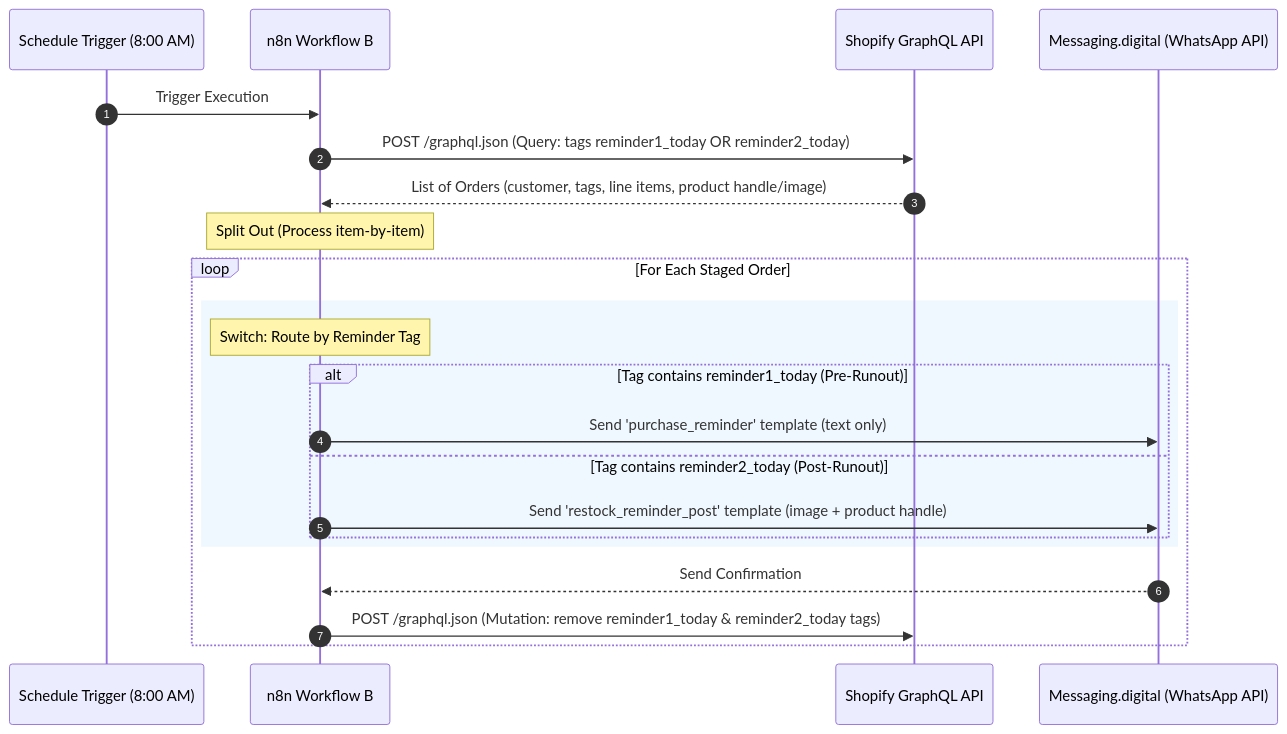
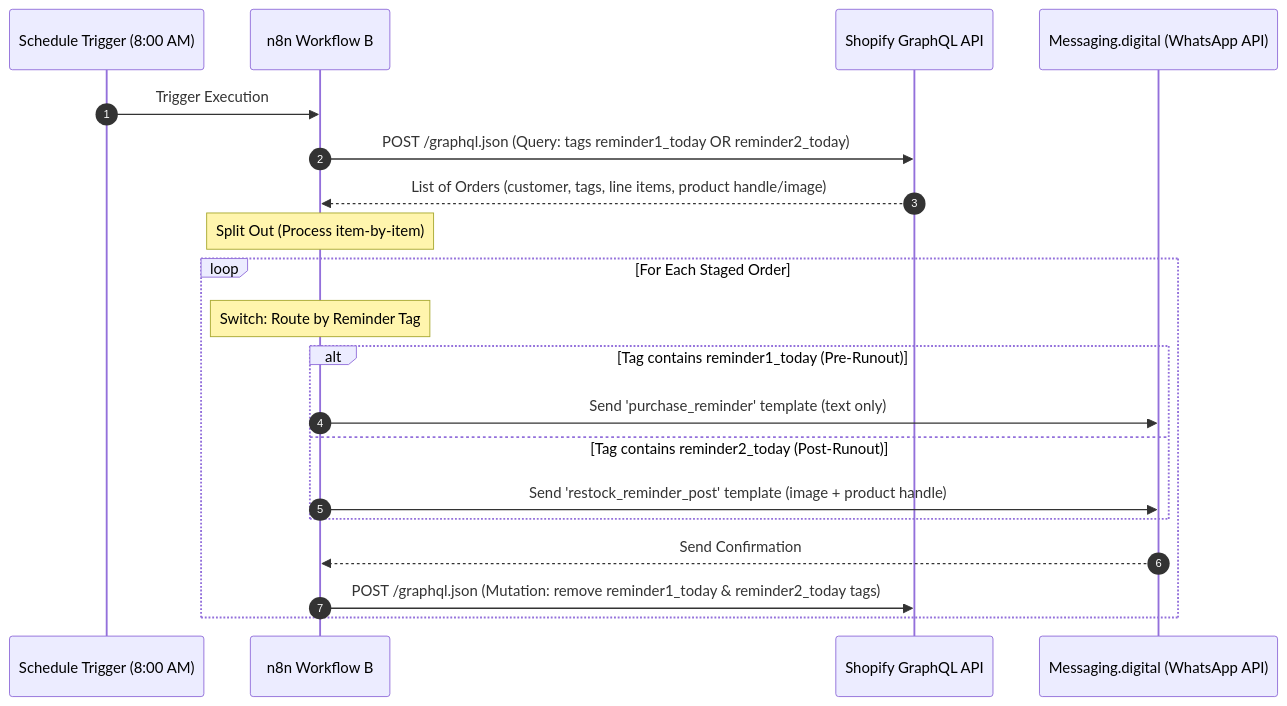
One commit to abhishek-pandey7/Naturavest-Product-End-Reminder changed the third of 3 diagrams in Workflow 1 - Product End Reminder/workflow_1_architecture.md. Above: the diagram before and after it, drawn with Mermaid.

Commit message:
Fix text contrast in sequence diagram by removing hardcoded light background

````diff
--- a/Workflow 1 - Product End Reminder/workflow_1_architecture.md
+++ b/Workflow 1 - Product End Reminder/workflow_1_architecture.md
@@ -102,25 +102,23 @@
 ```mermaid
 sequenceDiagram
     autonumber
     participant Cron as Schedule Trigger (8:00 AM)
     participant n8n as n8n Workflow B
     participant Shopify as Shopify GraphQL API
     participant WA as Messaging.digital (WhatsApp API)
 
     Cron->>n8n: Trigger Execution
     n8n->>Shopify: POST /graphql.json (Query: tags reminder1_today OR reminder2_today)
     Shopify-->>n8n: List of Orders (customer, tags, line items, product handle/image)
     Note over n8n: Split Out (Process item-by-item)
     loop For Each Staged Order
-        rect rgb(240, 248, 255)
-            Note over n8n: Switch: Route by Reminder Tag
-            alt Tag contains reminder1_today (Pre-Runout)
-                n8n->>WA: Send 'purchase_reminder' template (text only)
-            else Tag contains reminder2_today (Post-Runout)
-                n8n->>WA: Send 'restock_reminder_post' template (image + product handle)
-            end
+        Note over n8n: Switch: Route by Reminder Tag
+        alt Tag contains reminder1_today (Pre-Runout)
+            n8n->>WA: Send 'purchase_reminder' template (text only)
+        else Tag contains reminder2_today (Post-Runout)
+            n8n->>WA: Send 'restock_reminder_post' template (image + product handle)
         end
         WA-->>n8n: Send Confirmation
         n8n->>Shopify: POST /graphql.json (Mutation: remove reminder1_today & reminder2_today tags)
     end
 ```
````
